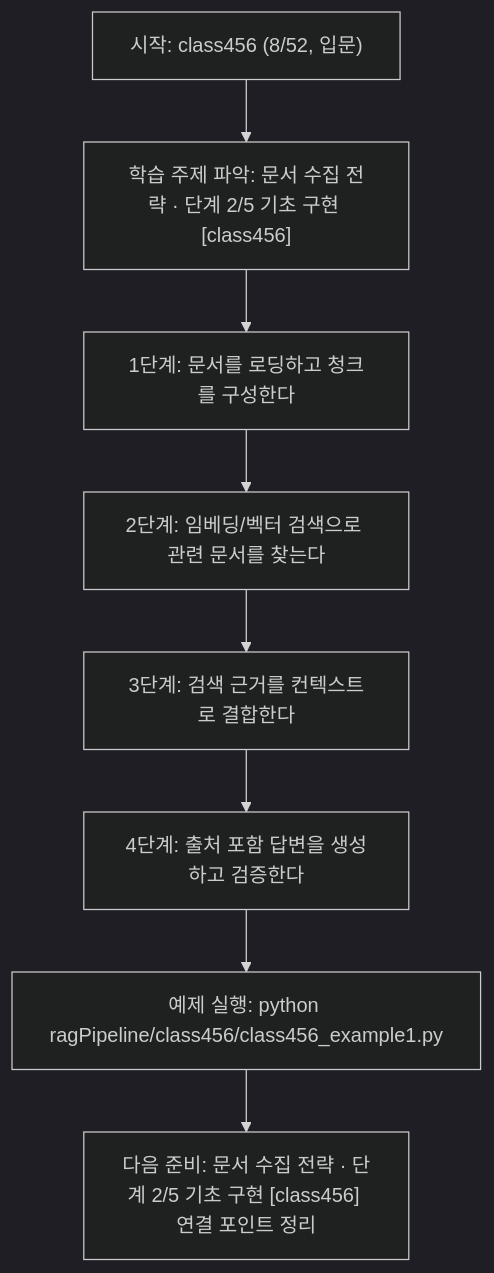
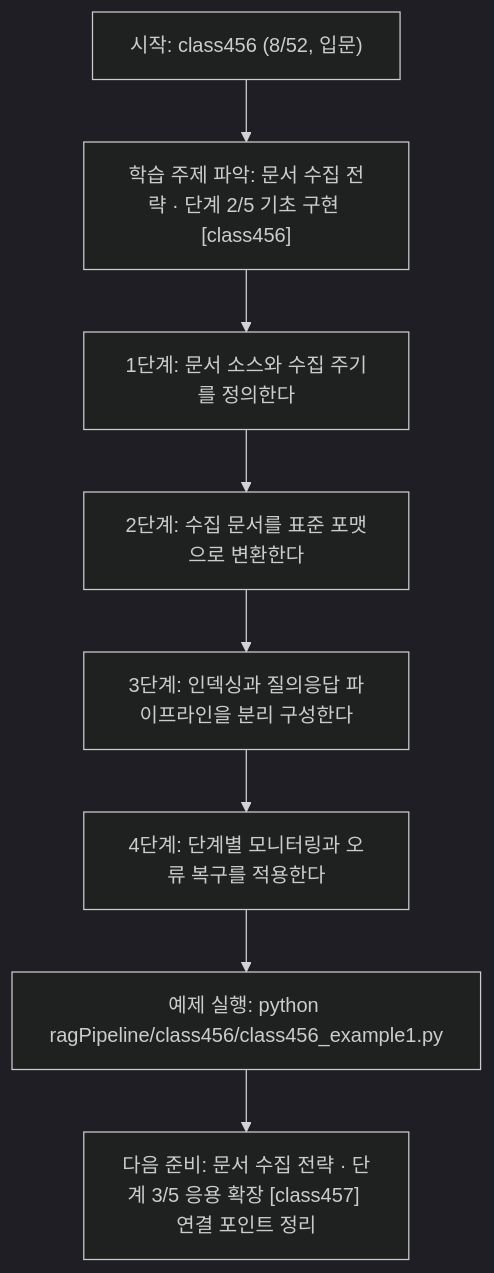
The diagram in ragPipeline/class456/class456.md (edumgt/Python-AI_Agent-Class), drawn with Mermaid (dark theme) before and after one commit. The commit also changed other lines of this file and 367 other files, not shown here.

````diff
--- a/ragPipeline/class456/class456.md
+++ b/ragPipeline/class456/class456.md
@@ -111,18 +92,18 @@
 ```mermaid
 flowchart TD
 N1["시작: class456 (8/52, 입문)"]
 N2["학습 주제 파악: 문서 수집 전략 · 단계 2/5 기초 구현 [class456]"]
-N3["1단계: 문서를 로딩하고 청크를 구성한다"]
-N4["2단계: 임베딩/벡터 검색으로 관련 문서를 찾는다"]
-N5["3단계: 검색 근거를 컨텍스트로 결합한다"]
-N6["4단계: 출처 포함 답변을 생성하고 검증한다"]
+N3["1단계: 문서 소스와 수집 주기를 정의한다"]
+N4["2단계: 수집 문서를 표준 포맷으로 변환한다"]
+N5["3단계: 인덱싱과 질의응답 파이프라인을 분리 구성한다"]
+N6["4단계: 단계별 모니터링과 오류 복구를 적용한다"]
 N7["예제 실행: python ragPipeline/class456/class456_example1.py"]
-N8["다음 준비: 문서 수집 전략 · 단계 2/5 기초 구현 [class456] 연결 포인트 정리"]
+N8["다음 준비: 문서 수집 전략 · 단계 3/5 응용 확장 [class457] 연결 포인트 정리"]
 N1 --> N2
 N2 --> N3
 N3 --> N4
 N4 --> N5
 N5 --> N6
 N6 --> N7
 N7 --> N8
 ```
````
